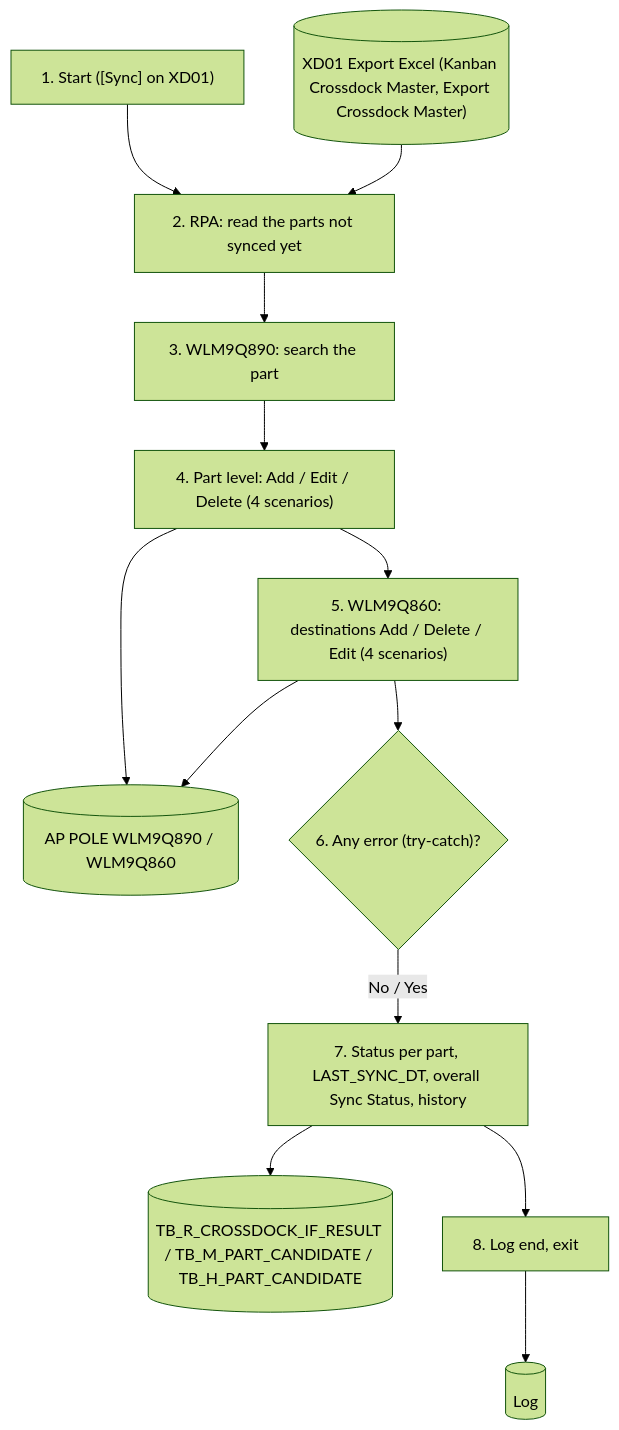
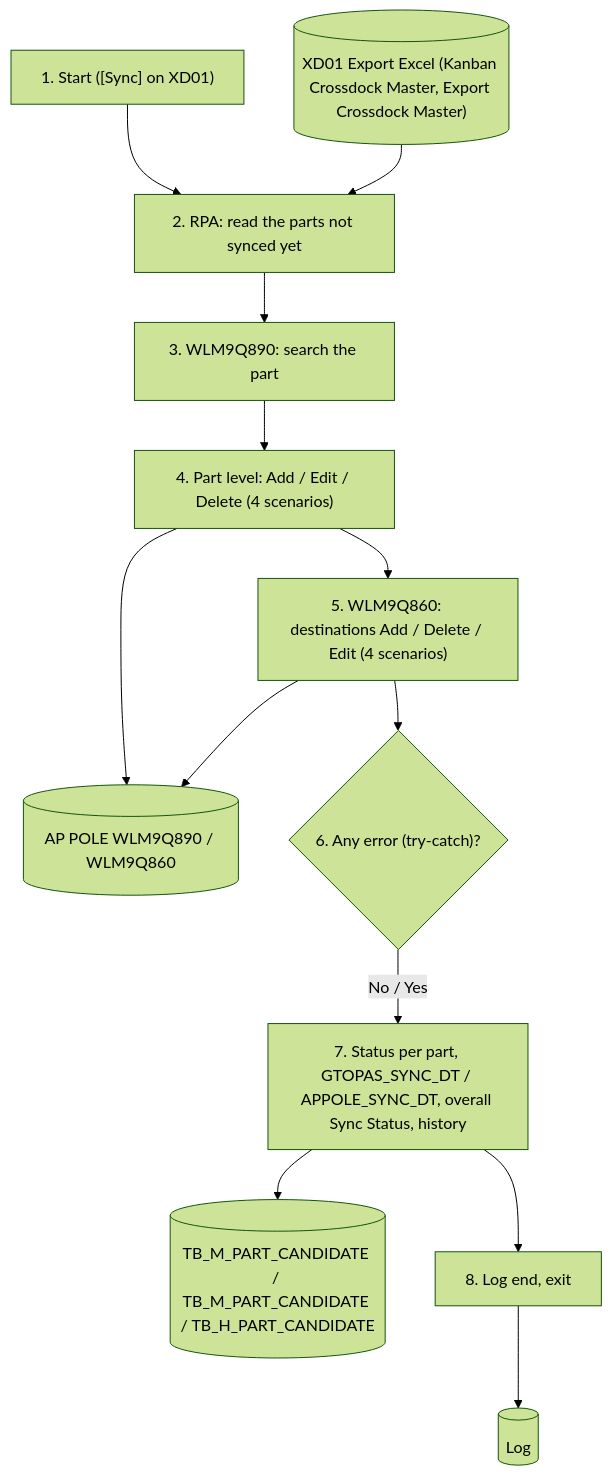
The second of 2 diagrams in prepare_code/uiss/XD07_Batch_IFCrossDockMasterToAPPOLE.md (ivanrayhannn/crossdockpoc), drawn with Mermaid (forest theme) before and after one commit. The commit also changed other lines of this file and 84 other files, not shown here.

First line of the commit message:
Remove TB_R_CROSSDOCK_IF_RESULT: send time per target on the Kanban Crossdock Master, run Log, history fixes

````diff
--- a/prepare_code/uiss/XD07_Batch_IFCrossDockMasterToAPPOLE.md
+++ b/prepare_code/uiss/XD07_Batch_IFCrossDockMasterToAPPOLE.md
@@ -107,27 +106,27 @@
 ```mermaid
 flowchart TB
   p1["1. Start ([Sync] on XD01)"]
   src[("XD01 Export Excel (Kanban Crossdock Master, Export Crossdock Master)")]
   p2["2. RPA: read the parts not synced yet"]
   p3["3. WLM9Q890: search the part"]
   p4["4. Part level: Add / Edit / Delete (4 scenarios)"]
   p5["5. WLM9Q860: destinations Add / Delete / Edit (4 scenarios)"]
   ap[("AP POLE WLM9Q890 / WLM9Q860")]
   d{"6. Any error (try-catch)?"}
-  p7["7. Status per part, LAST_SYNC_DT, overall Sync Status, history"]
-  o[("TB_R_CROSSDOCK_IF_RESULT / TB_M_PART_CANDIDATE / TB_H_PART_CANDIDATE")]
+  p7["7. Status per part, GTOPAS_SYNC_DT / APPOLE_SYNC_DT, overall Sync Status, history"]
+  o[("TB_M_PART_CANDIDATE / TB_M_PART_CANDIDATE / TB_H_PART_CANDIDATE")]
   p8["8. Log end, exit"]
   log[("Log")]
   p1 --> p2
   src --> p2
   p2 --> p3
   p3 --> p4
   p4 --> p5
   p4 --> ap
   p5 --> ap
   p5 --> d
   d -->|No / Yes| p7
   p7 --> o
   p7 --> p8
   p8 --> log
 ```
````
